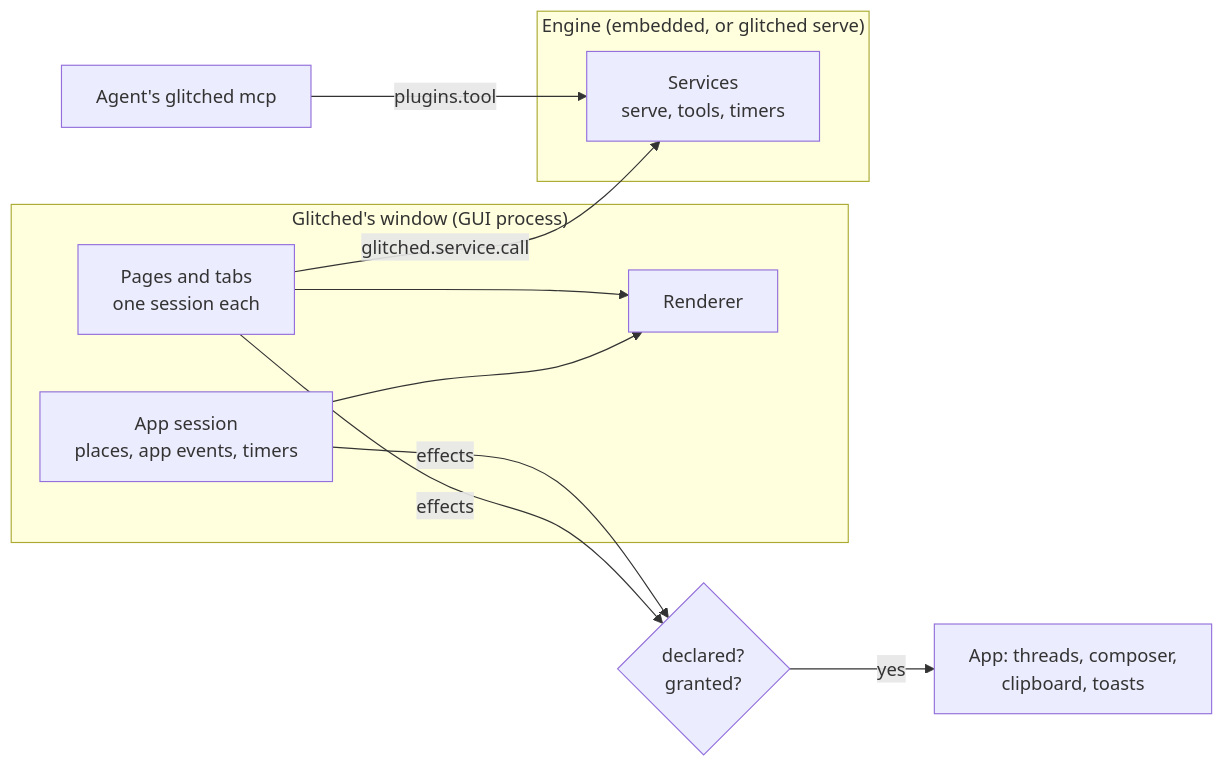
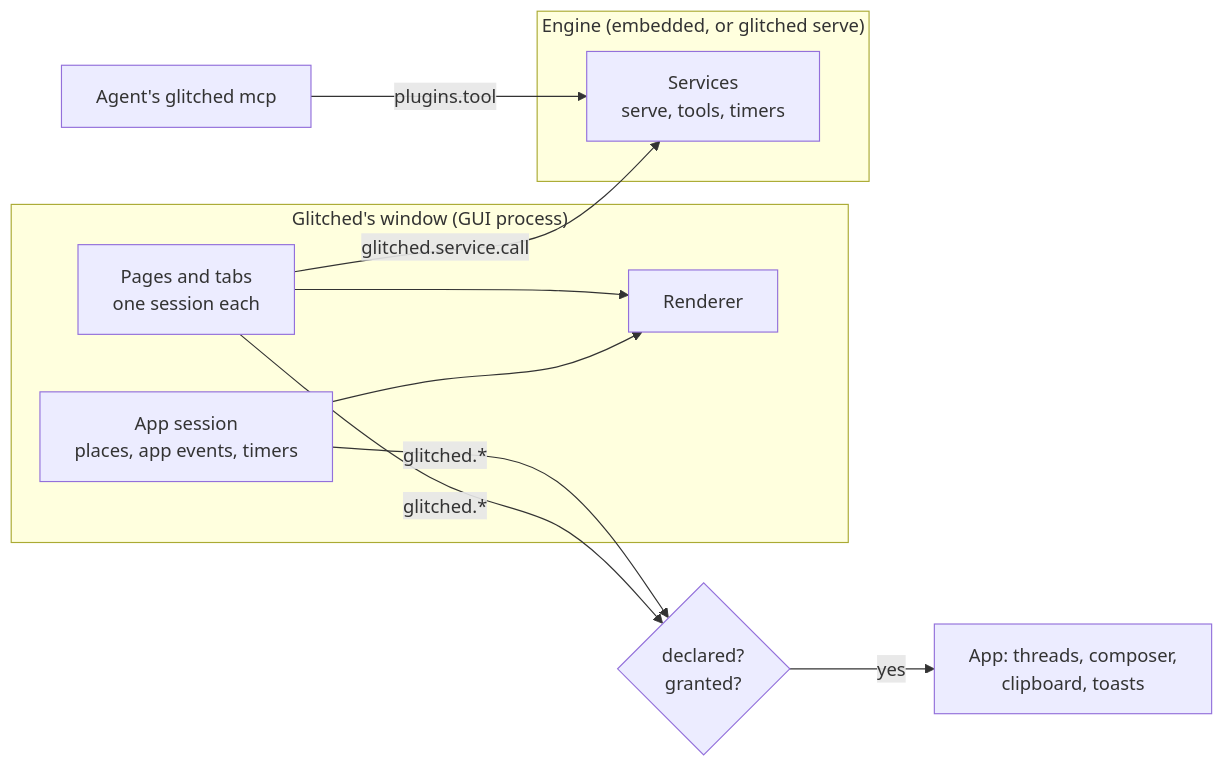
Before and after one commit to bigx333/glitched: the diagram in docs/plugins.md, drawn with Mermaid. The commit also changed other lines of this file and 11 other files, not shown here.

````diff
--- a/docs/plugins.md
+++ b/docs/plugins.md
@@ -102,15 +102,15 @@
 ```mermaid
 flowchart LR
   subgraph Window["Glitched's window (GUI process)"]
     P[Pages and tabs<br/>one session each] --> R[Renderer]
     A[App session<br/>places, app events, timers] --> R
   end
   subgraph Engine["Engine (embedded, or glitched serve)"]
     S[Services<br/>serve, tools, timers]
   end
   M[Agent's glitched mcp] -- "plugins.tool" --> S
   P -- "glitched.service.call" --> S
-  A -- effects --> X{declared?<br/>granted?}
-  P -- effects --> X
+  A -- "glitched.*" --> X{declared?<br/>granted?}
+  P -- "glitched.*" --> X
   X -- yes --> App[App: threads, composer,<br/>clipboard, toasts]
 ```
````
